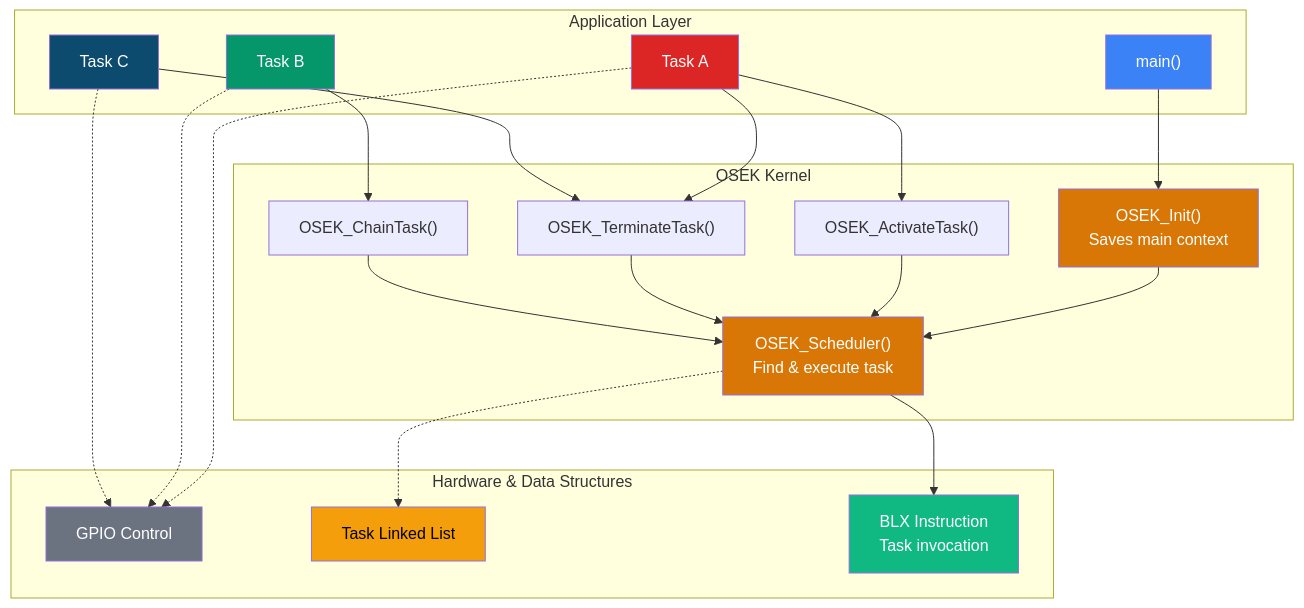
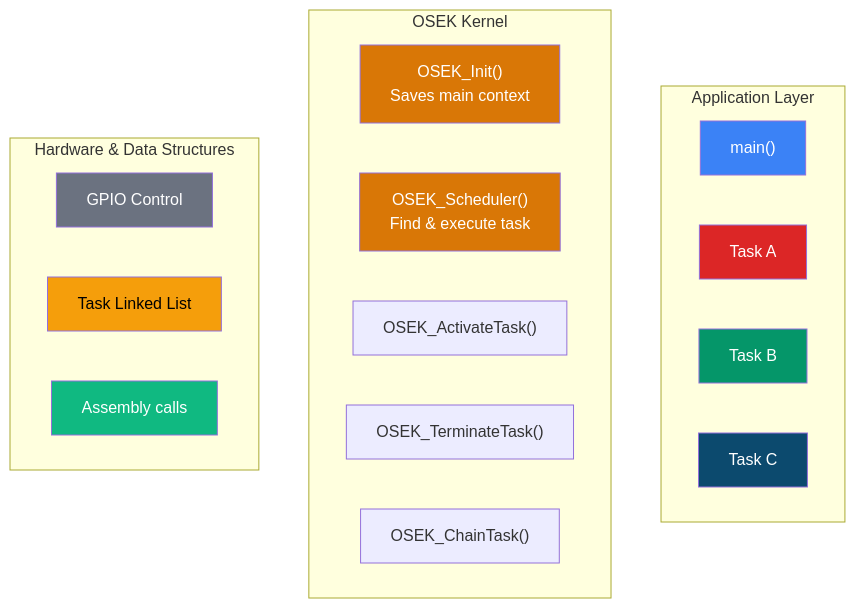
One commit to ivansigala/OSEK changed the fourth of 6 diagrams in README.md. Above: the diagram before and after it, drawn with Mermaid. The commit also changed other lines of this file, not shown here.

````diff
--- a/README.md
+++ b/README.md
@@ -140,50 +140,33 @@
 ```mermaid
 graph TD
     subgraph "Application Layer"
         APP["main()"]
         TASKA["Task A"]
         TASKB["Task B"]
         TASKC["Task C"]
     end
     
     subgraph "OSEK Kernel"
         INIT["OSEK_Init()<br/>Saves main context"]
         SCHED["OSEK_Scheduler()<br/>Find & execute task"]
         ACTIVATE["OSEK_ActivateTask()"]
         TERMINATE["OSEK_TerminateTask()"]
         CHAIN["OSEK_ChainTask()"]
     end
     
     subgraph "Hardware & Data Structures"
         GPIO["GPIO Control"]
         QUEUE["Task Linked List"]
-        BLX["BLX Instruction<br/>Task invocation"]
+        BLX["Assembly calls"]
     end
-    
-    APP --> INIT
-    TASKA --> TERMINATE
-    TASKA --> ACTIVATE
-    TASKB --> CHAIN
-    TASKC --> TERMINATE
-    
-    INIT --> SCHED
-    SCHED --> BLX
-    ACTIVATE --> SCHED
-    TERMINATE --> SCHED
-    CHAIN --> SCHED
-    
-    SCHED -.-> QUEUE
-    TASKA -.-> GPIO
-    TASKB -.-> GPIO
-    TASKC -.-> GPIO
     
     style APP fill:#3b82f6,color:#fff
     style TASKA fill:#dc2626,color:#fff
     style TASKB fill:#059669,color:#fff
     style TASKC fill:#0c4a6e,color:#fff
     style INIT fill:#d97706,color:#fff
     style SCHED fill:#d97706,color:#fff
     style GPIO fill:#6b7280,color:#fff
     style QUEUE fill:#f59e0b,color:#000
     style BLX fill:#10b981,color:#fff
 ```
````
